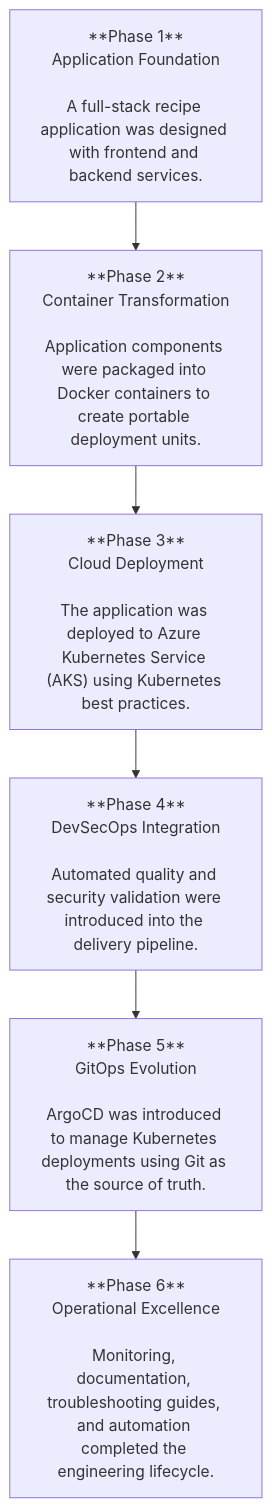
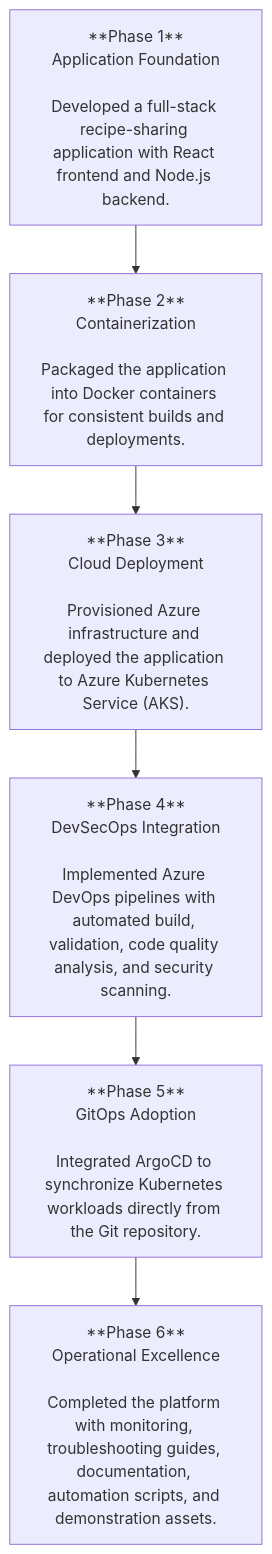
The fourth of 29 diagrams in README.md (bymalathi/flavorforge-azure-devsecops-capstone), drawn with Mermaid before and after one commit. The commit also changed other lines of this file, not shown here.

````diff
--- a/README.md
+++ b/README.md
@@ -185,20 +194,20 @@
 ```mermaid
 flowchart TD
-    A["**Phase 1**<br/>Application Foundation<br/><br/>A full-stack recipe application was designed with frontend and backend services."]
+    A["**Phase 1**<br/>Application Foundation<br/><br/>Developed a full-stack recipe-sharing application with React frontend and Node.js backend."]
 
-    B["**Phase 2**<br/>Container Transformation<br/><br/>Application components were packaged into Docker containers to create portable deployment units."]
+    B["**Phase 2**<br/>Containerization<br/><br/>Packaged the application into Docker containers for consistent builds and deployments."]
 
-    C["**Phase 3**<br/>Cloud Deployment<br/><br/>The application was deployed to Azure Kubernetes Service (AKS) using Kubernetes best practices."]
+    C["**Phase 3**<br/>Cloud Deployment<br/><br/>Provisioned Azure infrastructure and deployed the application to Azure Kubernetes Service (AKS)."]
 
-    D["**Phase 4**<br/>DevSecOps Integration<br/><br/>Automated quality and security validation were introduced into the delivery pipeline."]
+    D["**Phase 4**<br/>DevSecOps Integration<br/><br/>Implemented Azure DevOps pipelines with automated build, validation, code quality analysis, and security scanning."]
 
-    E["**Phase 5**<br/>GitOps Evolution<br/><br/>ArgoCD was introduced to manage Kubernetes deployments using Git as the source of truth."]
+    E["**Phase 5**<br/>GitOps Adoption<br/><br/>Integrated ArgoCD to synchronize Kubernetes workloads directly from the Git repository."]
 
-    F["**Phase 6**<br/>Operational Excellence<br/><br/>Monitoring, documentation, troubleshooting guides, and automation completed the engineering lifecycle."]
+    F["**Phase 6**<br/>Operational Excellence<br/><br/>Completed the platform with monitoring, troubleshooting guides, documentation, automation scripts, and demonstration assets."]
 
     A --> B
     B --> C
     C --> D
     D --> E
     E --> F
 ```
````
